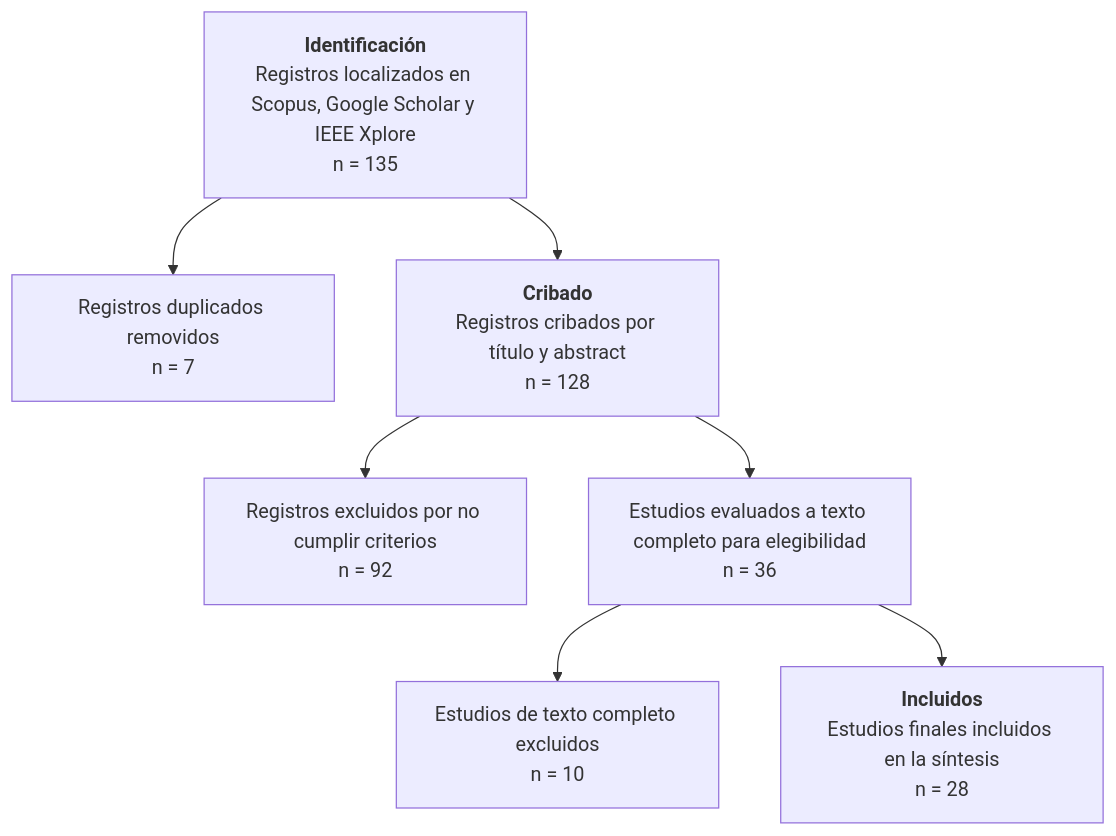
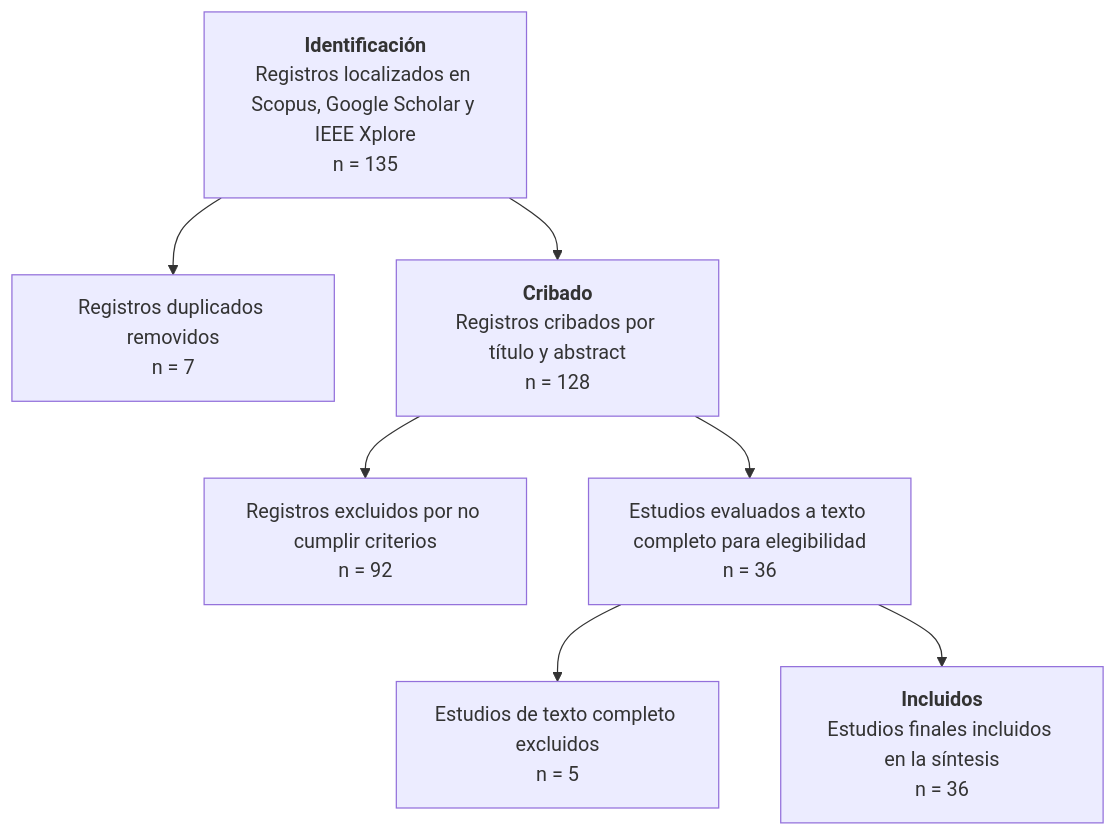
The diagram in 04-Borrador.md (JkVely/SLR-Green-Software-Colombia), drawn with Mermaid before and after one commit. The commit also changed other lines of this file and 64 other files, not shown here.

````diff
--- a/04-Borrador.md
+++ b/04-Borrador.md
@@ -77,9 +109,9 @@
 ```mermaid
 graph TD
     A[<b>Identificación</b><br/>Registros localizados en Scopus, Google Scholar y IEEE Xplore<br/>n = 135] --> B[Registros duplicados removidos<br/>n = 7]
     A --> C[<b>Cribado</b><br/>Registros cribados por título y abstract<br/>n = 128]
     C --> D[Registros excluidos por no cumplir criterios<br/>n = 92]
     C --> E[Estudios evaluados a texto completo para elegibilidad<br/>n = 36]
-    E --> F[Estudios de texto completo excluidos<br/>n = 10]
-    E --> G[<b>Incluidos</b><br/>Estudios finales incluidos en la síntesis<br/>n = 28]
+    E --> F[Estudios de texto completo excluidos<br/>n = 5]
+    E --> G[<b>Incluidos</b><br/>Estudios finales incluidos en la síntesis<br/>n = 36]
 ```
````
